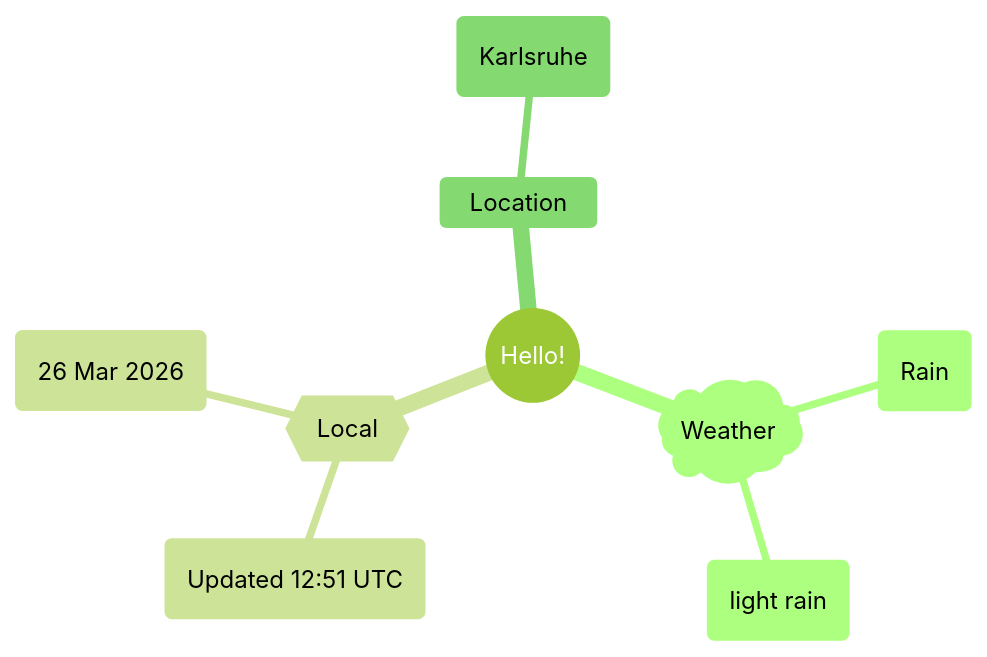
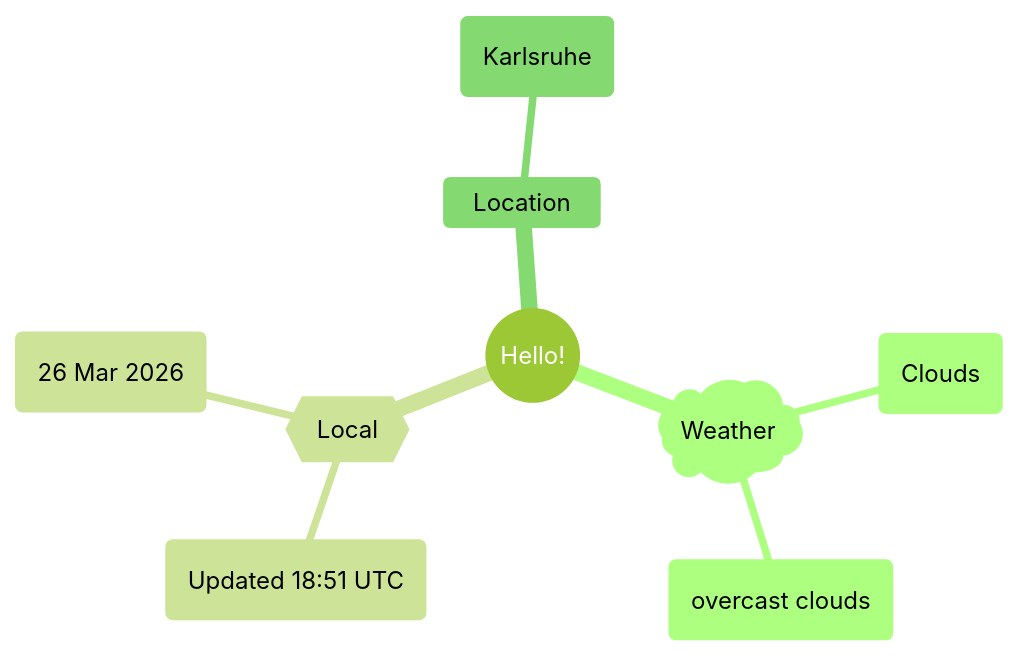
One commit to Xosrov/Xosrov changed the first of 2 diagrams in README.md. Above: the diagram before and after it, drawn with Mermaid (forest theme).

Commit message:
[bot] updated images

````diff
--- a/README.md
+++ b/README.md
@@ -3,12 +3,12 @@
 ```mermaid
 mindmap
   root((Hello!))
     )Weather(
-        (Rain)
-        (light rain)
+        (Clouds)
+        (overcast clouds)
     {{Local}}
-        (Updated 12:51 UTC)
+        (Updated 18:51 UTC)
         (26 Mar 2026)
     Location
         (Karlsruhe)
 ```
````
